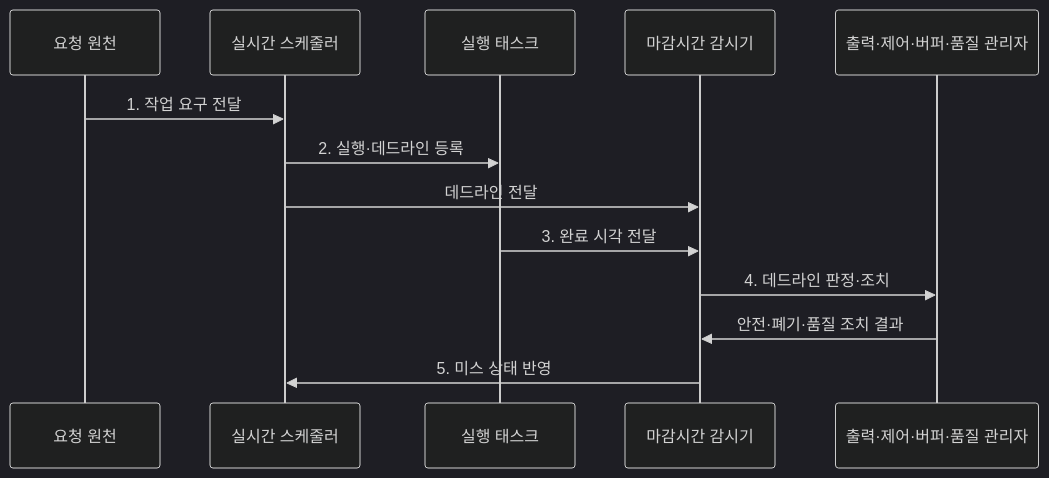
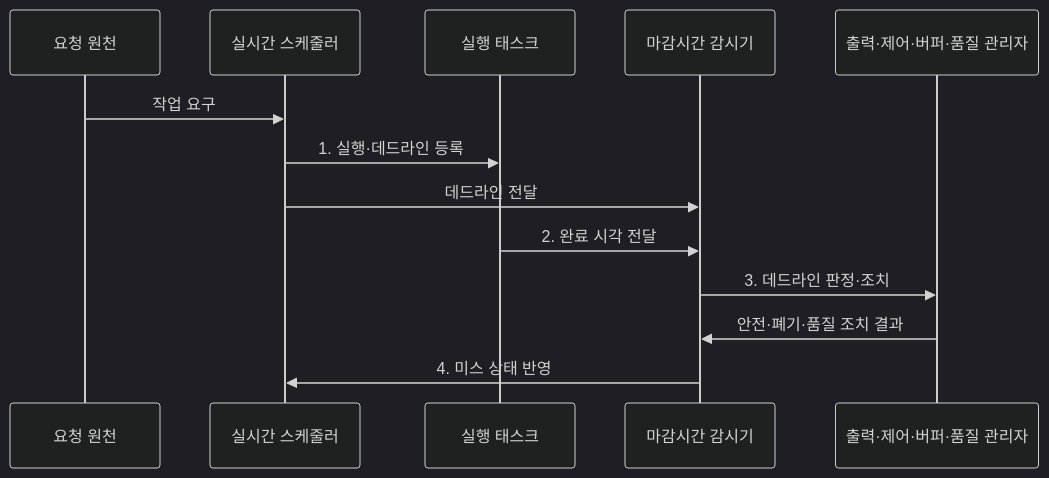
Before and after one commit to agnusdei1207/knowledge-base: the second of 2 diagrams in src/content/docs/notes/02-hardware/062_hard_soft_real_time.md, drawn with Mermaid (dark theme). The commit also changed other lines of this file and 19 other files, not shown here.

````diff
--- a/src/content/docs/notes/02-hardware/062_hard_soft_real_time.md
+++ b/src/content/docs/notes/02-hardware/062_hard_soft_real_time.md
@@ -83,16 +83,16 @@
 ```mermaid
 sequenceDiagram
     participant R as 요청 원천
     participant S as 실시간 스케줄러
     participant T as 실행 태스크
     participant D as 마감시간 감시기
     participant O as 출력·제어·버퍼·품질 관리자
 
-    R->>S: 1. 작업 요구 전달
-    S->>T: 2. 실행·데드라인 등록
+    R->>S: 작업 요구
+    S->>T: 1. 실행·데드라인 등록
     S->>D: 데드라인 전달
-    T->>D: 3. 완료 시각 전달
-    D->>O: 4. 데드라인 판정·조치
+    T->>D: 2. 완료 시각 전달
+    D->>O: 3. 데드라인 판정·조치
     O->>D: 안전·폐기·품질 조치 결과
-    D->>S: 5. 미스 상태 반영
+    D->>S: 4. 미스 상태 반영
 ```
````
